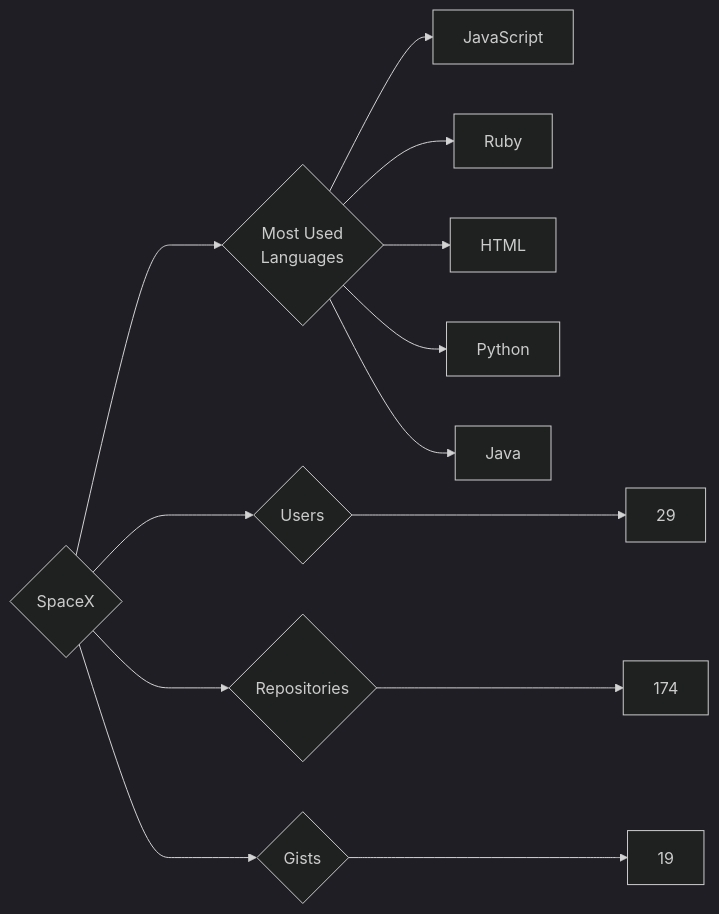
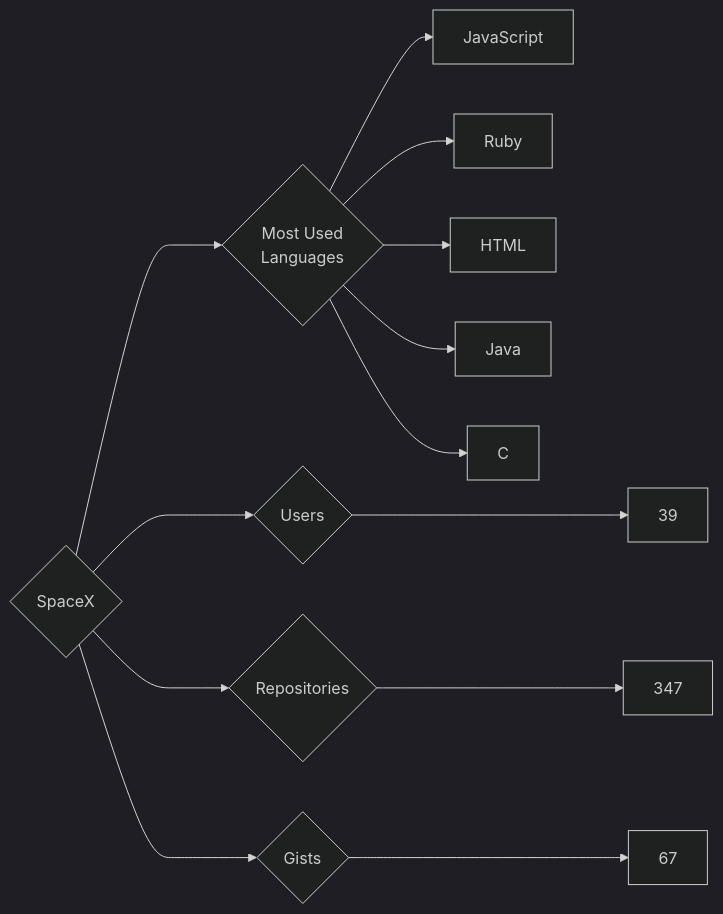
One commit to trickest/insiders changed the diagram in targets/SpaceX/README.md. Above: the diagram before and after it, drawn with Mermaid (dark theme). The commit also changed 928 other files, not shown here.

````diff
--- a/targets/SpaceX/README.md
+++ b/targets/SpaceX/README.md
@@ -3,13 +3,13 @@
 ```mermaid
 graph LR
 COMPANY_NAME{SpaceX}
-COMPANY_NAME ---> U{Users} ---> UN[29]
-COMPANY_NAME ---> R{Repositories} ---> RN[174]
-COMPANY_NAME ---> G{Gists} ---> GN[19]
+COMPANY_NAME ---> U{Users} ---> UN[39]
+COMPANY_NAME ---> R{Repositories} ---> RN[347]
+COMPANY_NAME ---> G{Gists} ---> GN[67]
 COMPANY_NAME ---> ML{Most Used<br>Languages}
 ML --> JavaScript[JavaScript]
 ML --> Ruby[Ruby]
 ML --> HTML[HTML]
-ML --> Python[Python]
 ML --> Java[Java]
+ML --> C[C]
 ```
````
